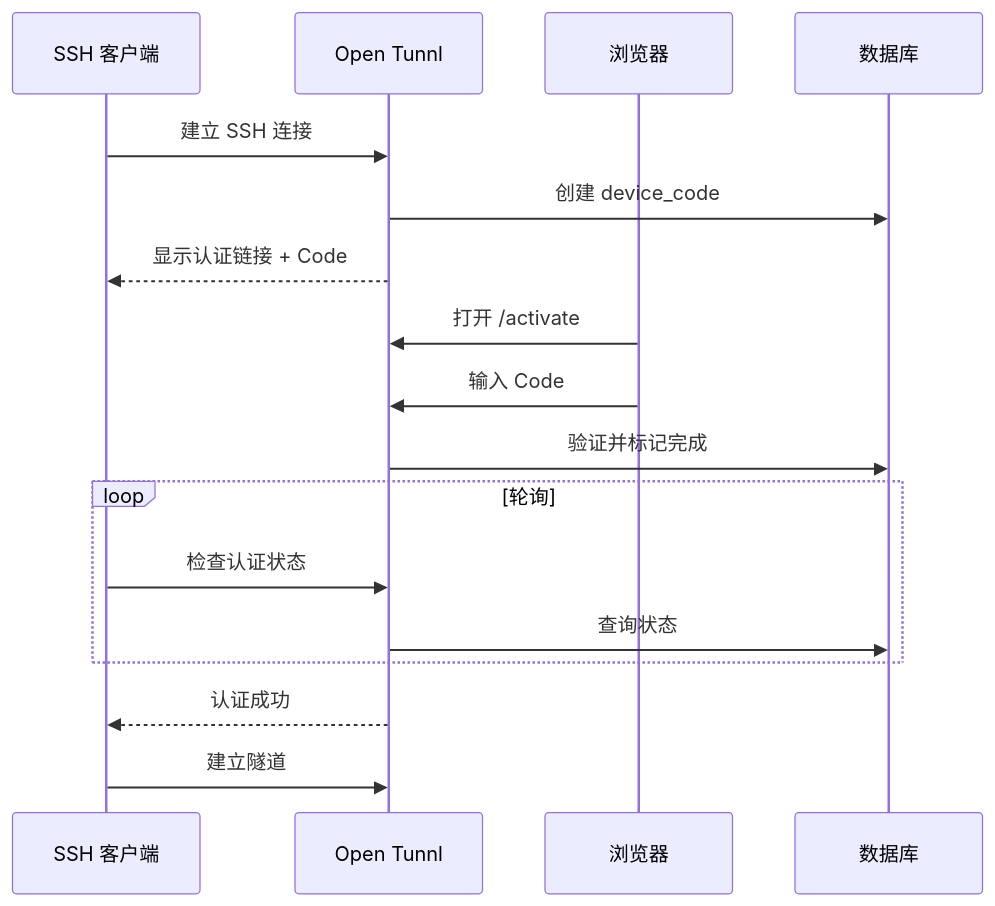
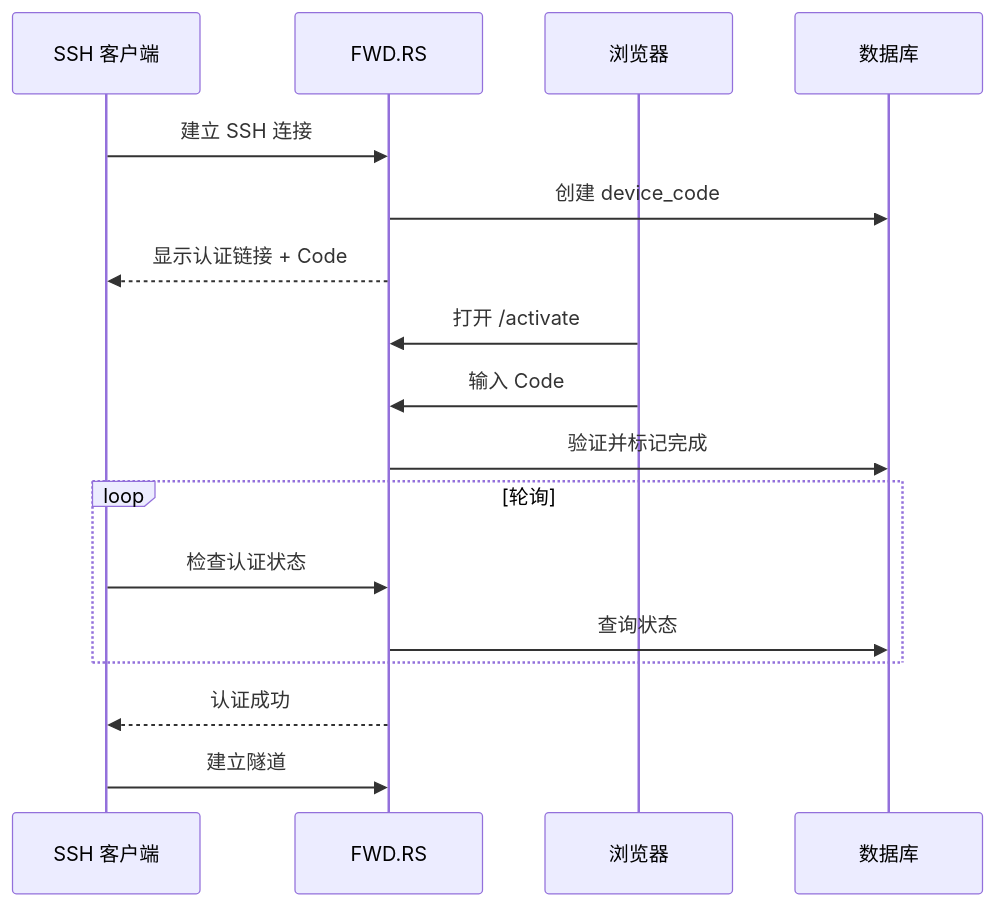
One commit to ZingerLittleBee/EXLO changed the third of 3 diagrams in apps/docs/content/docs/architecture.mdx. Above: the diagram before and after it, drawn with Mermaid. The commit also changed other lines of this file and 9 other files, not shown here.

````diff
--- a/apps/docs/content/docs/architecture.mdx
+++ b/apps/docs/content/docs/architecture.mdx
@@ -92,23 +92,23 @@
 ```mermaid
 sequenceDiagram
     participant SSH as SSH 客户端
-    participant Server as Open Tunnl
+    participant Server as FWD.RS
     participant Browser as 浏览器
     participant DB as 数据库
 
     SSH->>Server: 建立 SSH 连接
     Server->>DB: 创建 device_code
     Server-->>SSH: 显示认证链接 + Code
 
     Browser->>Server: 打开 /activate
     Browser->>Server: 输入 Code
     Server->>DB: 验证并标记完成
 
     loop 轮询
         SSH->>Server: 检查认证状态
         Server->>DB: 查询状态
     end
 
     Server-->>SSH: 认证成功
     SSH->>Server: 建立隧道
 ```
````
